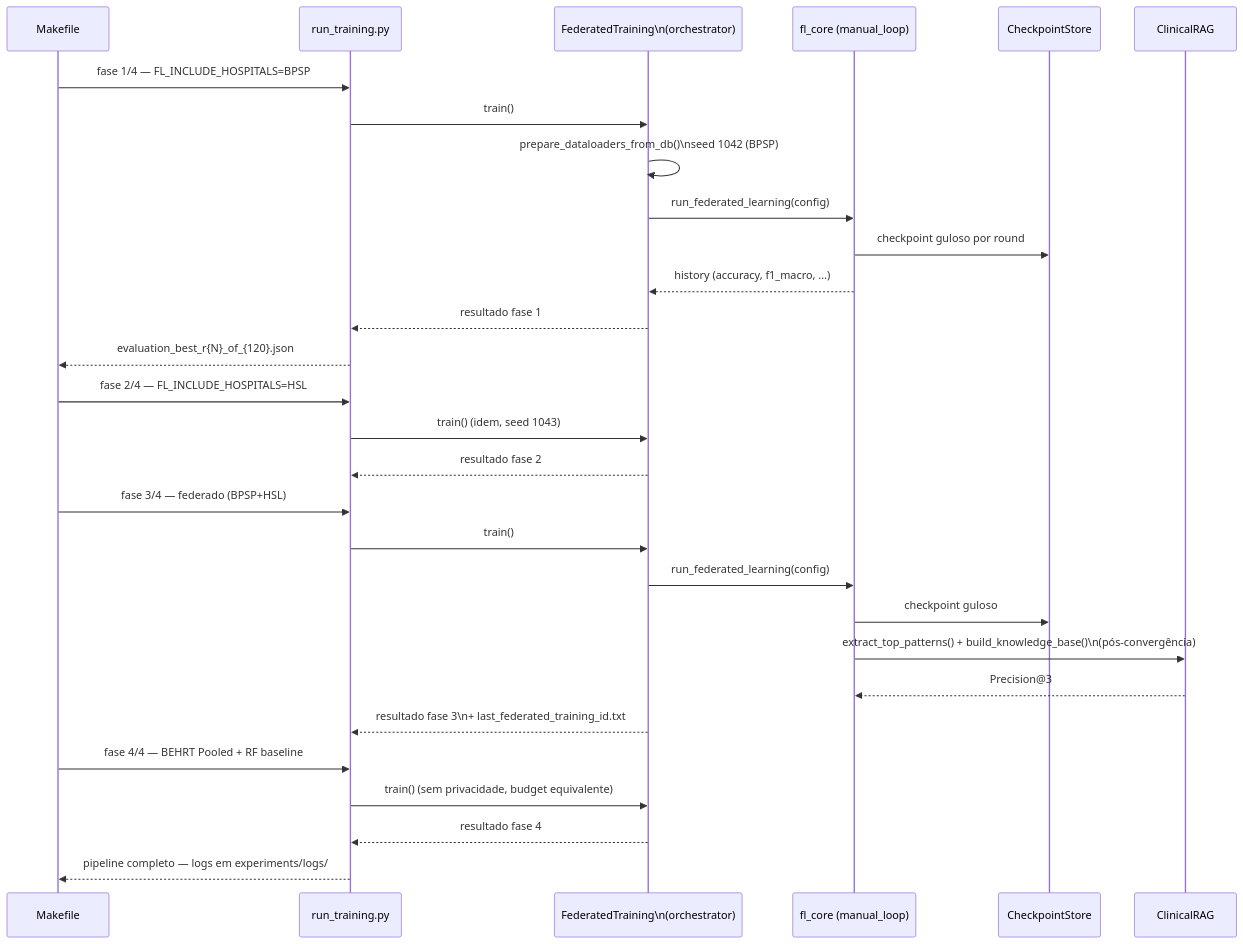
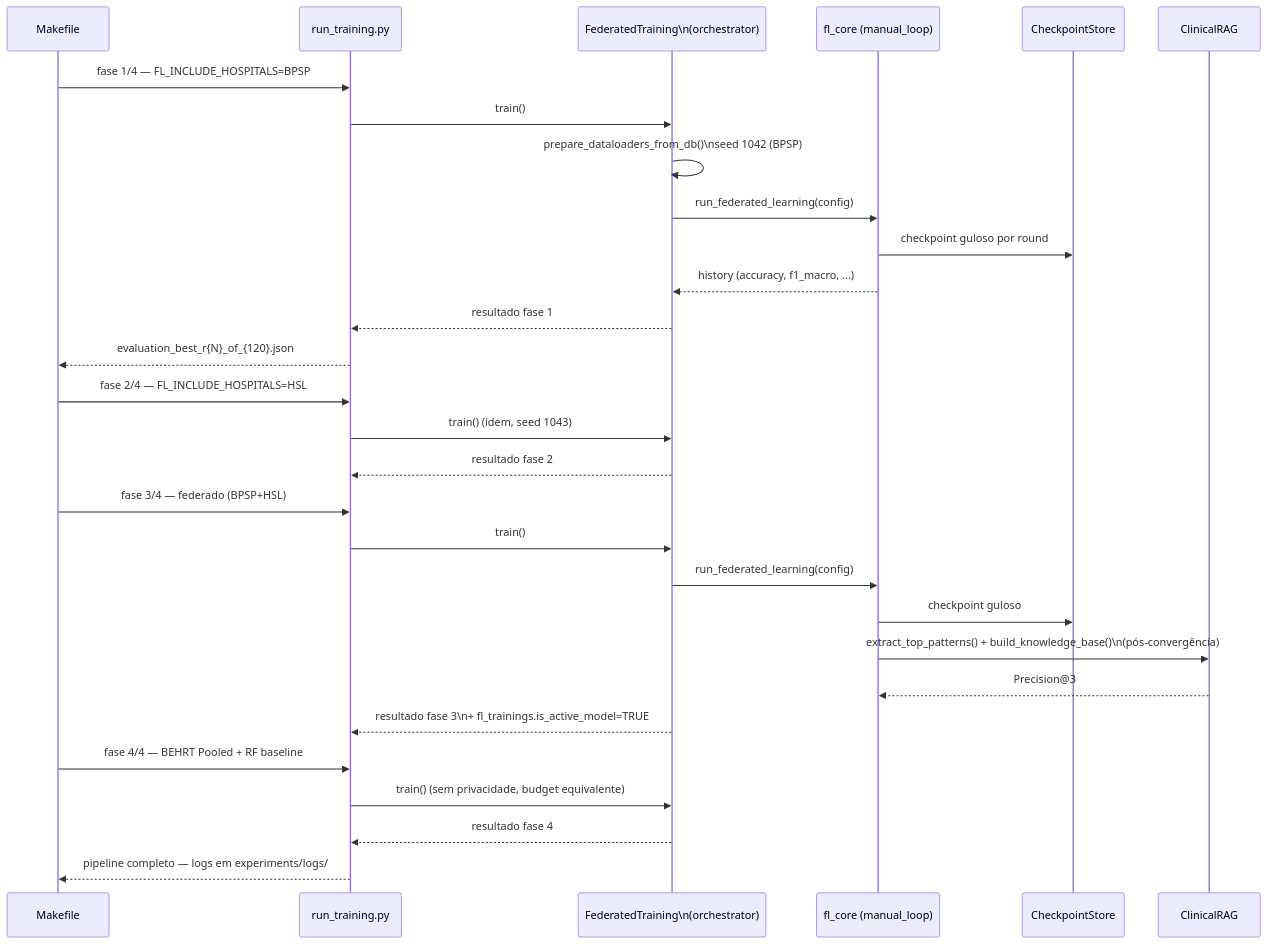
One commit to JacAbreu/mosaic-fl changed the tenth of 12 diagrams in docs/Diagramas_Arquitetura_C4_UML.md. Above: the diagram before and after it, drawn with Mermaid. The commit also changed 38 other files, not shown here.

````diff
--- a/docs/Diagramas_Arquitetura_C4_UML.md
+++ b/docs/Diagramas_Arquitetura_C4_UML.md
@@ -453,36 +453,36 @@
 ```mermaid
 sequenceDiagram
     participant M as Makefile
     participant R as run_training.py
     participant O as FederatedTraining\n(orchestrator)
     participant FL as fl_core (manual_loop)
     participant CK as CheckpointStore
     participant RAG as ClinicalRAG
 
     M->>R: fase 1/4 — FL_INCLUDE_HOSPITALS=BPSP
     R->>O: train()
     O->>O: prepare_dataloaders_from_db()\nseed 1042 (BPSP)
     O->>FL: run_federated_learning(config)
     FL->>CK: checkpoint guloso por round
     FL-->>O: history (accuracy, f1_macro, ...)
     O-->>R: resultado fase 1
     R-->>M: evaluation_best_r{N}_of_{120}.json
 
     M->>R: fase 2/4 — FL_INCLUDE_HOSPITALS=HSL
     R->>O: train() (idem, seed 1043)
     O-->>R: resultado fase 2
 
     M->>R: fase 3/4 — federado (BPSP+HSL)
     R->>O: train()
     O->>FL: run_federated_learning(config)
     FL->>CK: checkpoint guloso
     FL->>RAG: extract_top_patterns() + build_knowledge_base()\n(pós-convergência)
     RAG-->>FL: Precision@3
-    O-->>R: resultado fase 3\n+ last_federated_training_id.txt
+    O-->>R: resultado fase 3\n+ fl_trainings.is_active_model=TRUE
 
     M->>R: fase 4/4 — BEHRT Pooled + RF baseline
     R->>O: train() (sem privacidade, budget equivalente)
     O-->>R: resultado fase 4
 
     R-->>M: pipeline completo — logs em experiments/logs/
 ```
````
